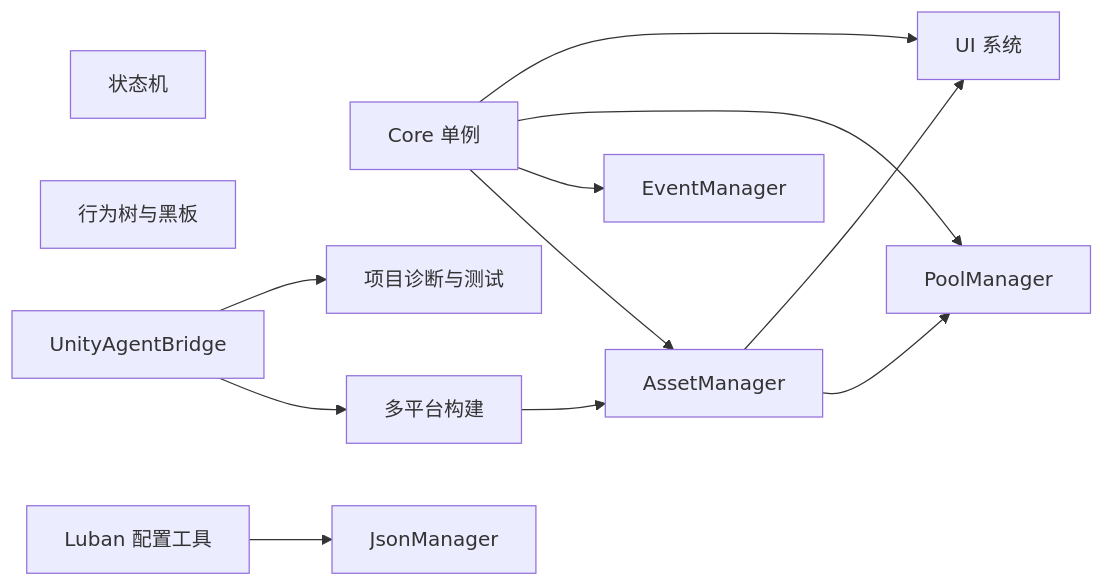
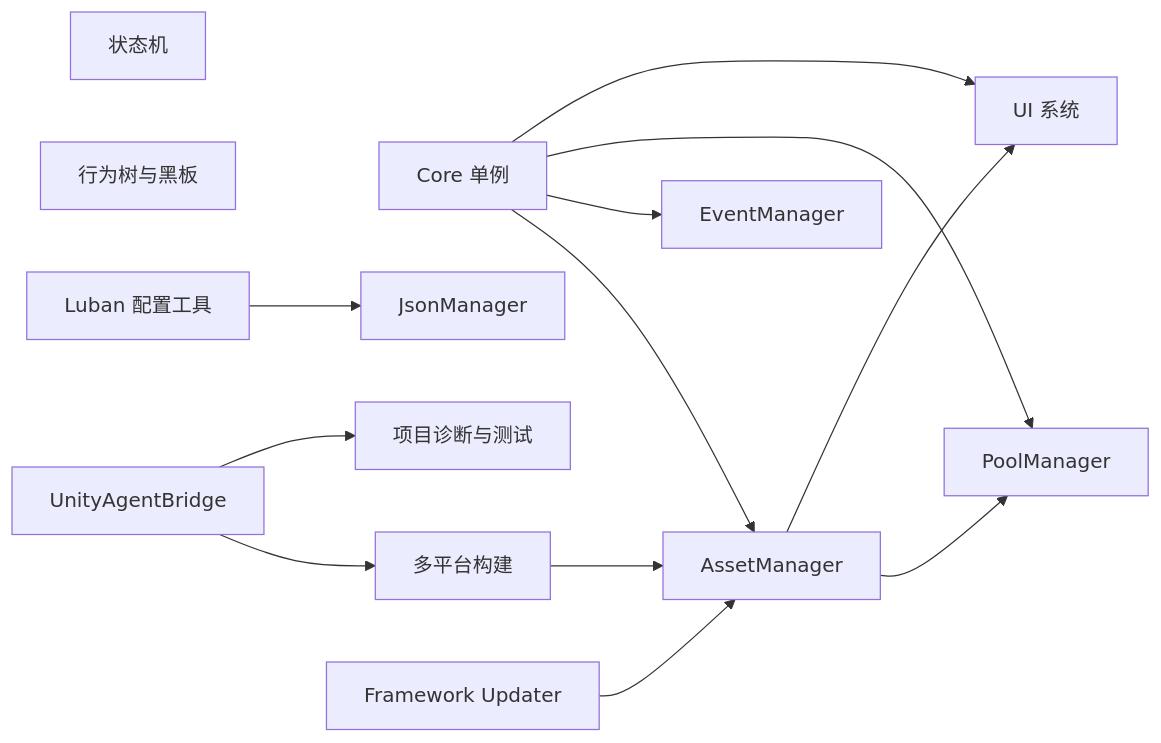
One commit to Sheng2580/ShengGameFrame changed the diagram in README.md. Above: the diagram before and after it, drawn with Mermaid. The commit also changed other lines of this file and 12 other files, not shown here.

````diff
--- a/README.md
+++ b/README.md
@@ -27,16 +28,17 @@
 ```mermaid
 flowchart LR
     Core["Core 单例"] --> Assets["AssetManager"]
     Core --> Events["EventManager"]
     Core --> Pool["PoolManager"]
     Core --> UI["UI 系统"]
     Assets --> Pool
     Assets --> UI
     State["状态机"]
     BT["行为树与黑板"]
     Json["JsonManager"]
     Luban["Luban 配置工具"] --> Json
     Build["多平台构建"] --> Assets
     Agent["UnityAgentBridge"] --> Build
     Agent --> Tests["项目诊断与测试"]
+    Updater["Framework Updater"] --> Assets
 ```
````
